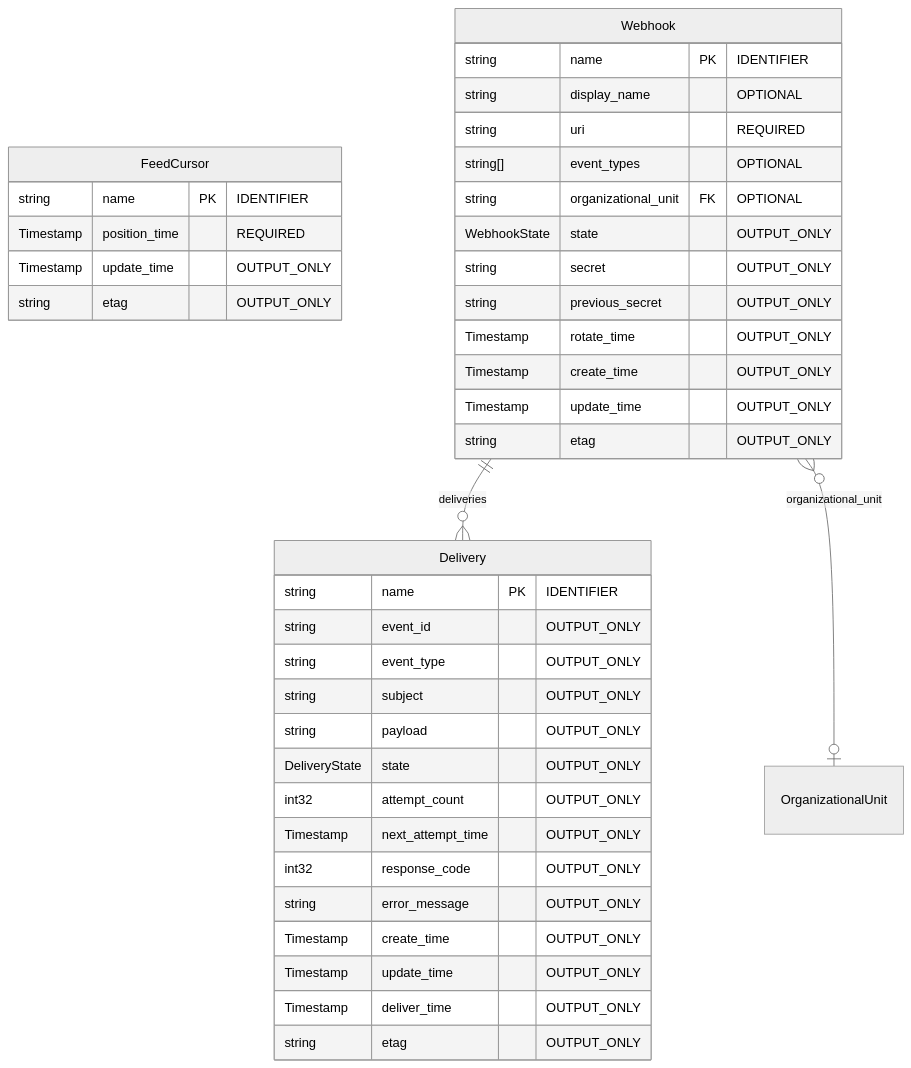
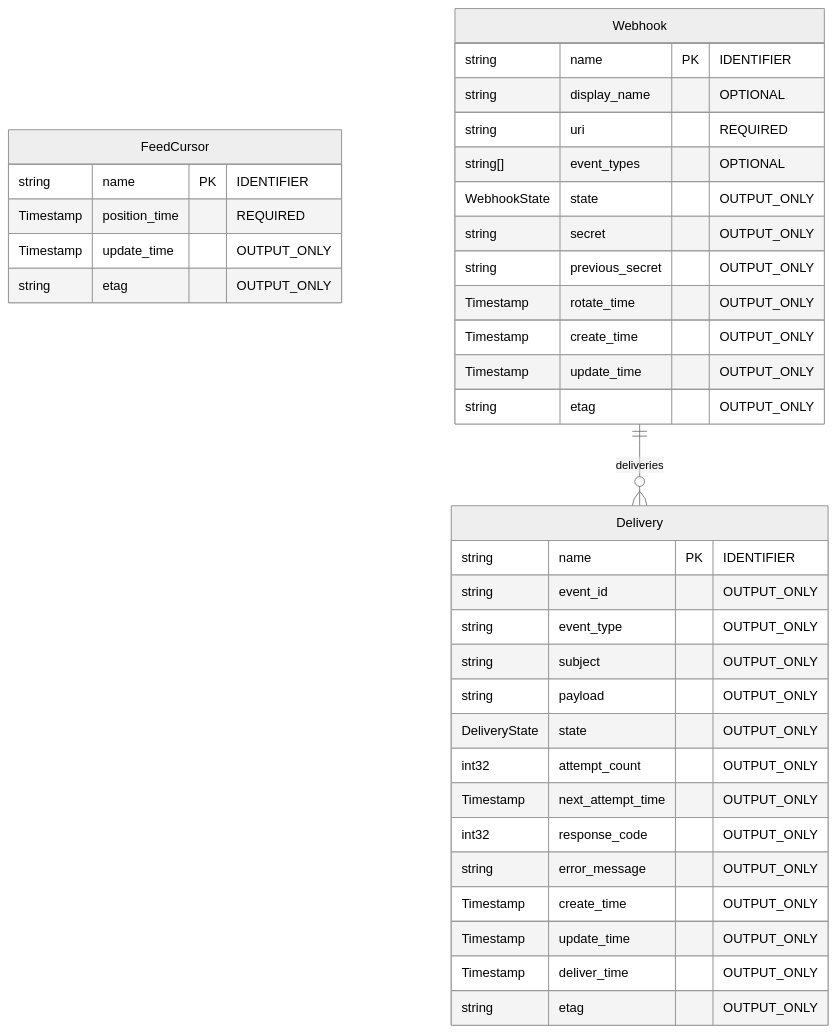
Before and after one commit to shokki-engineering/freebusy: the first of 4 diagrams in protobuf/freebusy/webhook/README.md, drawn with Mermaid (neutral theme). The commit also changed other lines of this file and 229 other files, not shown here.

````diff
--- a/protobuf/freebusy/webhook/README.md
+++ b/protobuf/freebusy/webhook/README.md
@@ -15,41 +15,39 @@
 ```mermaid
 erDiagram
     Delivery {
         string name PK "IDENTIFIER"
         string event_id "OUTPUT_ONLY"
         string event_type "OUTPUT_ONLY"
         string subject "OUTPUT_ONLY"
         string payload "OUTPUT_ONLY"
         DeliveryState state "OUTPUT_ONLY"
         int32 attempt_count "OUTPUT_ONLY"
         Timestamp next_attempt_time "OUTPUT_ONLY"
         int32 response_code "OUTPUT_ONLY"
         string error_message "OUTPUT_ONLY"
         Timestamp create_time "OUTPUT_ONLY"
         Timestamp update_time "OUTPUT_ONLY"
         Timestamp deliver_time "OUTPUT_ONLY"
         string etag "OUTPUT_ONLY"
     }
     FeedCursor {
         string name PK "IDENTIFIER"
         Timestamp position_time "REQUIRED"
         Timestamp update_time "OUTPUT_ONLY"
         string etag "OUTPUT_ONLY"
     }
     Webhook {
         string name PK "IDENTIFIER"
         string display_name "OPTIONAL"
         string uri "REQUIRED"
         string[] event_types "OPTIONAL"
-        string organizational_unit FK "OPTIONAL"
         WebhookState state "OUTPUT_ONLY"
         string secret "OUTPUT_ONLY"
         string previous_secret "OUTPUT_ONLY"
         Timestamp rotate_time "OUTPUT_ONLY"
         Timestamp create_time "OUTPUT_ONLY"
         Timestamp update_time "OUTPUT_ONLY"
         string etag "OUTPUT_ONLY"
     }
     Webhook ||--o{ Delivery : "deliveries"
-    Webhook }o--o| OrganizationalUnit : "organizational_unit"
 ```
````
